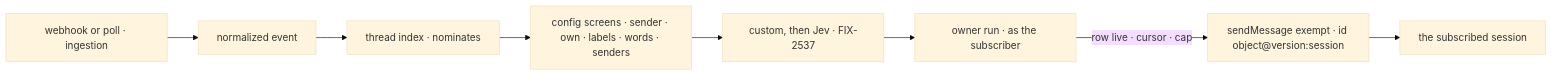
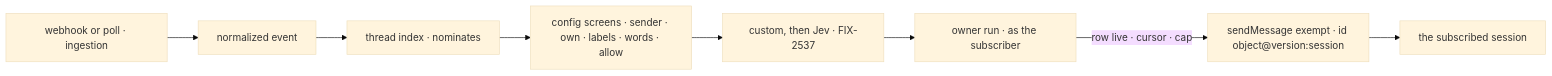
Before and after one commit to fixpoint-labs/flow-state-dev: the second of 2 diagrams in specs/issues/FIX-2534/SPEC.md, drawn with Mermaid (base theme). The commit also changed other lines of this file and 4 other files, not shown here.

````diff
--- a/specs/issues/FIX-2534/SPEC.md
+++ b/specs/issues/FIX-2534/SPEC.md
@@ -98,10 +82,10 @@
 ```mermaid
 flowchart LR
   W["webhook or poll · ingestion"] --> N["normalized event"]
   N --> I["thread index · nominates"]
-  I --> C["config screens · sender · own · labels · words · senders"]
+  I --> C["config screens · sender · own · labels · words · allow"]
   C --> L["custom, then Jev · FIX-2537"]
   L --> R["owner run · as the subscriber"]
   R -->|"row live · cursor · cap"| M["sendMessage exempt · id object@version:session"]
   M --> S["the subscribed session"]
 ```
````
